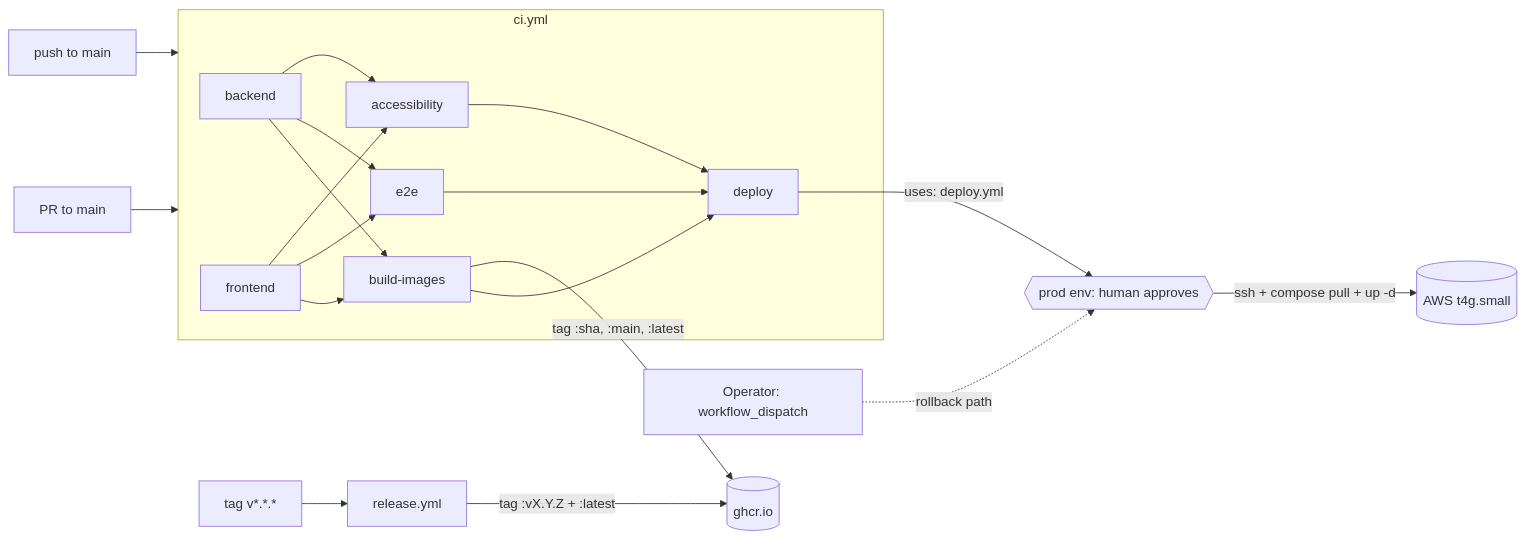
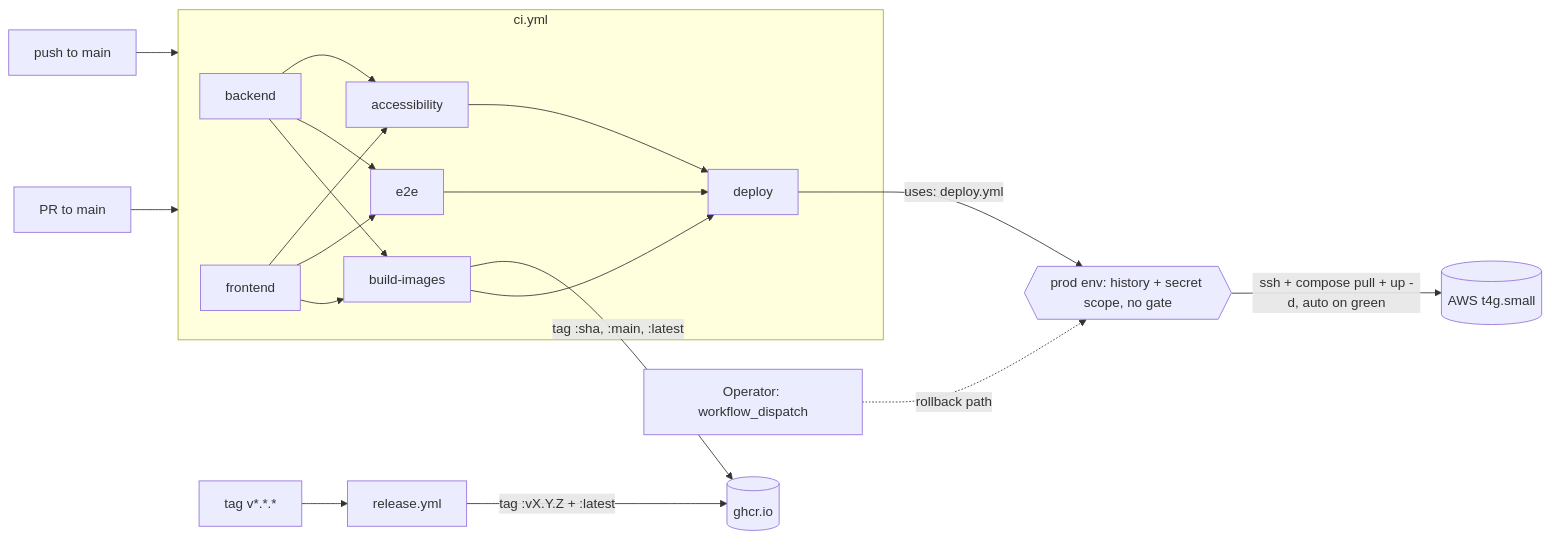
Before and after one commit to ahmedEid1/lumen: the diagram in docs/ci-cd.md, drawn with Mermaid. The commit also changed other lines of this file and 5 other files, not shown here.

````diff
--- a/docs/ci-cd.md
+++ b/docs/ci-cd.md
@@ -18,22 +21,22 @@
 ```mermaid
 flowchart LR
     PR[PR to main] --> CI
     Push[push to main] --> CI
     subgraph CI [ci.yml]
         Backend[backend] --> BuildImages[build-images]
         Frontend[frontend] --> BuildImages
         Backend --> E2E[e2e]
         Frontend --> E2E
         Backend --> A11y[accessibility]
         Frontend --> A11y
         BuildImages --> Deploy[deploy]
         E2E --> Deploy
         A11y --> Deploy
     end
     BuildImages -->|tag :sha, :main, :latest| GHCR[(ghcr.io)]
-    Deploy -->|uses: deploy.yml| Approval{{prod env: human approves}}
-    Approval -->|ssh + compose pull + up -d| AWS[(AWS t4g.small)]
-    Manual[Operator: workflow_dispatch] -.->|rollback path| Approval
+    Deploy -->|uses: deploy.yml| ProdEnv{{prod env: history + secret scope, no gate}}
+    ProdEnv -->|ssh + compose pull + up -d, auto on green| AWS[(AWS t4g.small)]
+    Manual[Operator: workflow_dispatch] -.->|rollback path| ProdEnv
     Tag["tag v*.*.*"] --> Release[release.yml]
     Release -->|tag :vX.Y.Z + :latest| GHCR
 ```
````
